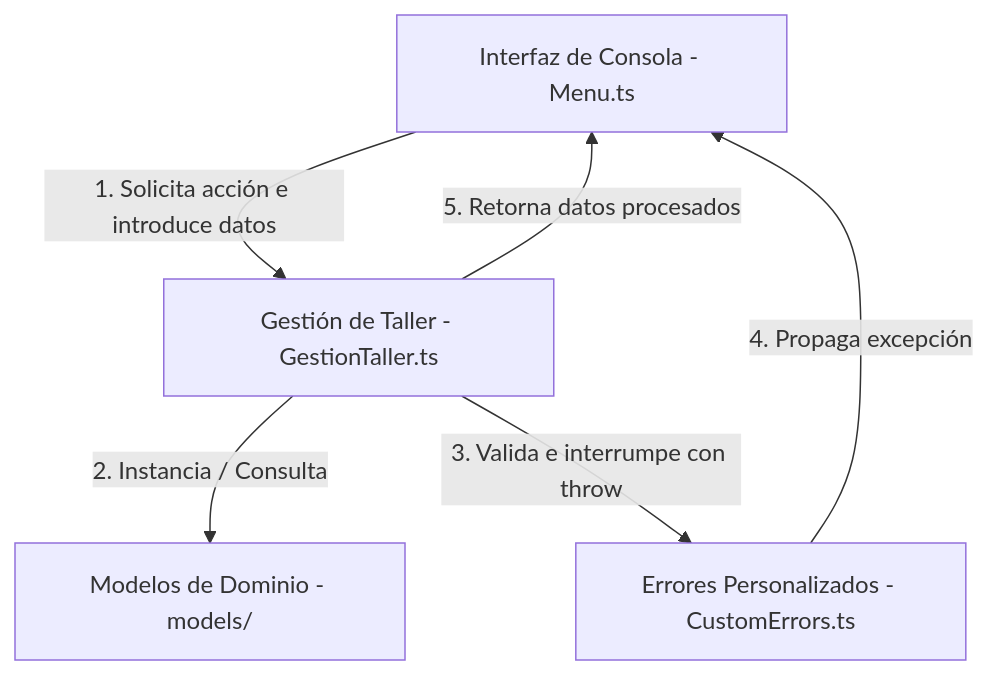
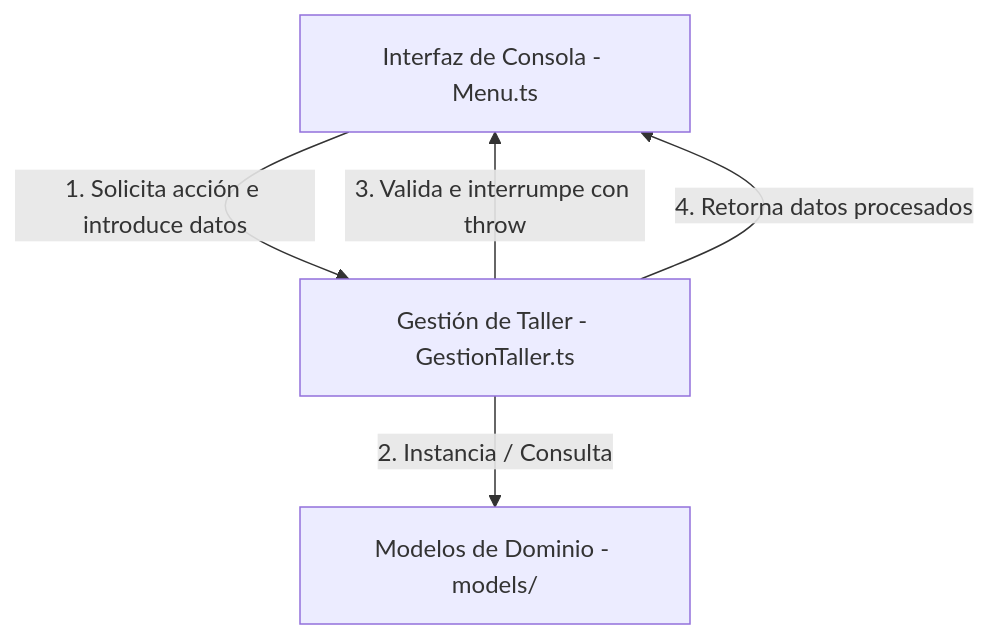
The diagram in docs/ARCHITECTURE.md (Jazp7/poo-proyecto-final), drawn with Mermaid before and after one commit. The commit also changed other lines of this file and 9 other files, not shown here.

````diff
--- a/docs/ARCHITECTURE.md
+++ b/docs/ARCHITECTURE.md
@@ -76,13 +73,11 @@
 ```mermaid
 graph TD
     CLI[Interfaz de Consola - Menu.ts]
     GT[Gestión de Taller - GestionTaller.ts]
     MD[Modelos de Dominio - models/]
-    EX[Errores Personalizados - CustomErrors.ts]
 
     CLI -->|1. Solicita acción e introduce datos| GT
     GT -->|2. Instancia / Consulta| MD
-    GT -->|3. Valida e interrumpe con throw| EX
-    EX -->|4. Propaga excepción| CLI
-    GT -->|5. Retorna datos procesados| CLI
+    GT -->|3. Valida e interrumpe con throw| CLI
+    GT -->|4. Retorna datos procesados| CLI
 ```
````
